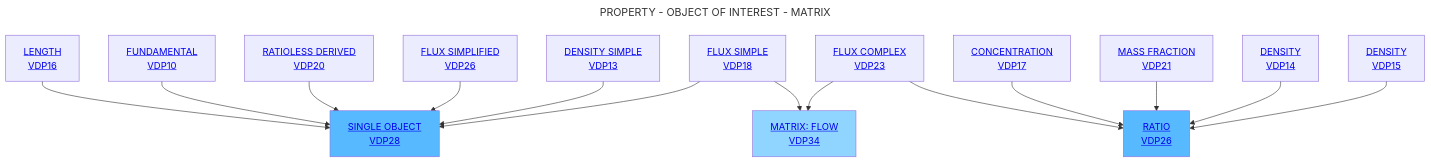
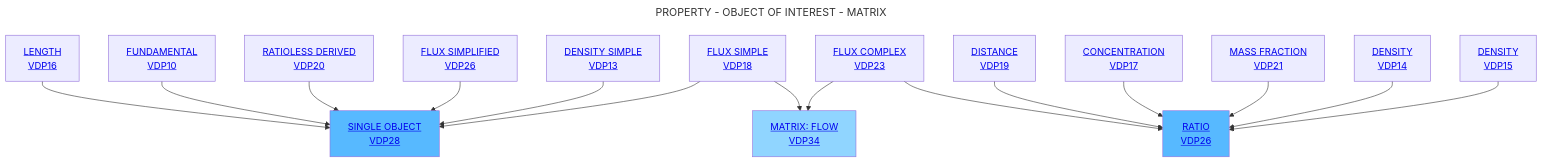
One commit to mabablue/I-ADOPT-patterns-playground changed the diagram in Decisition_trees/DT6.mmd. Above: the diagram before and after it, drawn with Mermaid.

```diff
--- a/Decisition_trees/DT6.mmd
+++ b/Decisition_trees/DT6.mmd
@@ -1,20 +1,21 @@
 ---
 title: PROPERTY - OBJECT OF INTEREST - MATRIX
 ---
 flowchart TD
     A[<a href='https://github.com/mabablue/I-ADOPT-patterns-playground/blob/main/pattern/VDP16.yaml'>LENGTH <br> VDP16</a>] --> C[<a href='https://github.com/mabablue/I-ADOPT-patterns-playground/blob/main/pattern/VDP28.yaml'>SINGLE OBJECT <br> VDP28</a>]:::satblue
     B[<a href='https://github.com/mabablue/I-ADOPT-patterns-playground/blob/main/pattern/VDP10.yaml'>FUNDAMENTAL <br> VDP10</a>]  --> C
     D[<a href='https://github.com/mabablue/I-ADOPT-patterns-playground/blob/main/pattern/VDP20.yaml'>RATIOLESS DERIVED <br> VDP20</a>] --> C
     E[<a href='https://github.com/mabablue/I-ADOPT-patterns-playground/blob/main/pattern/VDP20.yaml'>FLUX SIMPLIFIED <br> VDP26</a>] --> C
     H[<a href='https://github.com/mabablue/I-ADOPT-patterns-playground/blob/main/pattern/VDP13.yaml'>DENSITY SIMPLE <br> VDP13</a>] --> C
     I[<a href='https://github.com/mabablue/I-ADOPT-patterns-playground/blob/main/pattern/VDP23.yaml'>FLUX COMPLEX <br> VDP23</a>] --> F  
+    G[<a href='https://github.com/mabablue/I-ADOPT-patterns-playground/blob/main/pattern/VDP23.yaml'>DISTANCE <br> VDP19</a>] --> F 
     M[<a href='https://github.com/mabablue/I-ADOPT-patterns-playground/blob/main/pattern/VDP17.yaml'>CONCENTRATION <br> VDP17</a>] --> F
     L[<a href='https://github.com/mabablue/I-ADOPT-patterns-playground/blob/main/pattern/VDP21.yaml'>MASS FRACTION <br> VDP21</a>] --> F[<a href='https://github.com/mabablue/I-ADOPT-patterns-playground/blob/main/pattern/VDP26.yaml'>RATIO <br> VDP26</a>]:::satblue
     Q[<a href='https://github.com/mabablue/I-ADOPT-patterns-playground/blob/main/pattern/VDP18.yaml'>FLUX SIMPLE <br> VDP18</a>] --> C
     O[<a href='https://github.com/mabablue/I-ADOPT-patterns-playground/blob/main/pattern/VDP14.yaml'>DENSITY <br> VDP14</a>] --> F
     P[<a href='https://github.com/mabablue/I-ADOPT-patterns-playground/blob/main/pattern/VDP15.yaml'>DENSITY <br> VDP15</a>] --> F
     Q --> K[<a href='https://github.com/mabablue/I-ADOPT-patterns-playground/blob/main/pattern/VDP34.yaml'>MATRIX: FLOW <br> VDP34</a>]:::blue
     I --> K
 
    classDef blue fill:#90D5FF
    classDef satblue fill:#57B9FF
```
